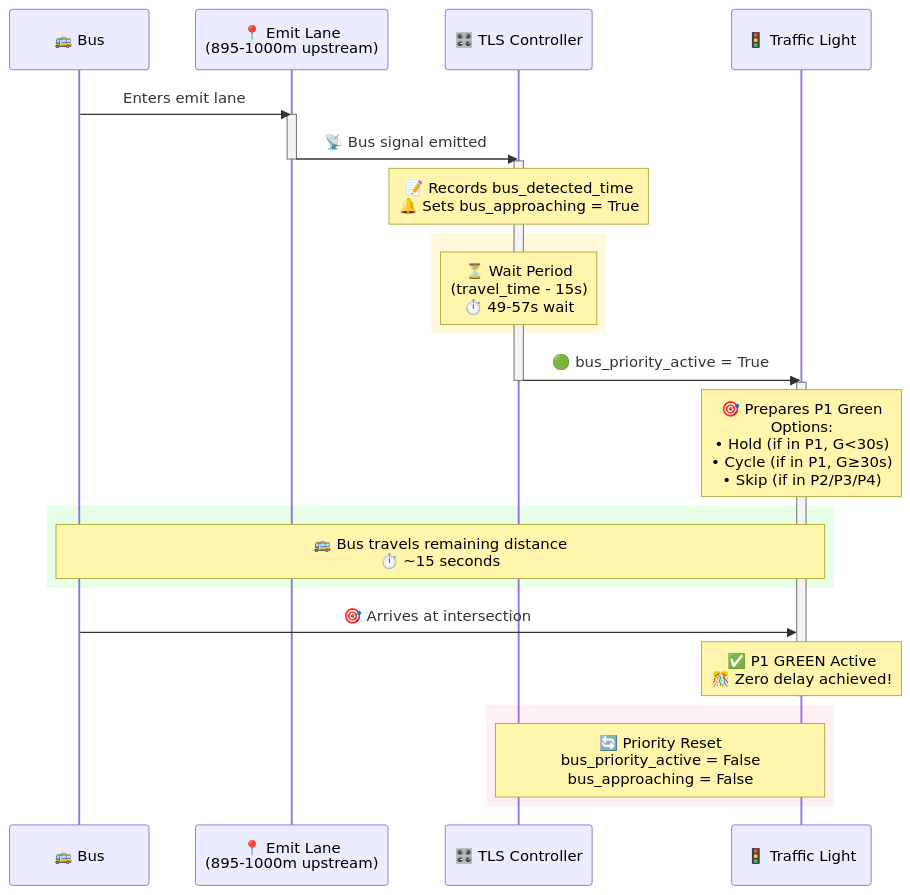
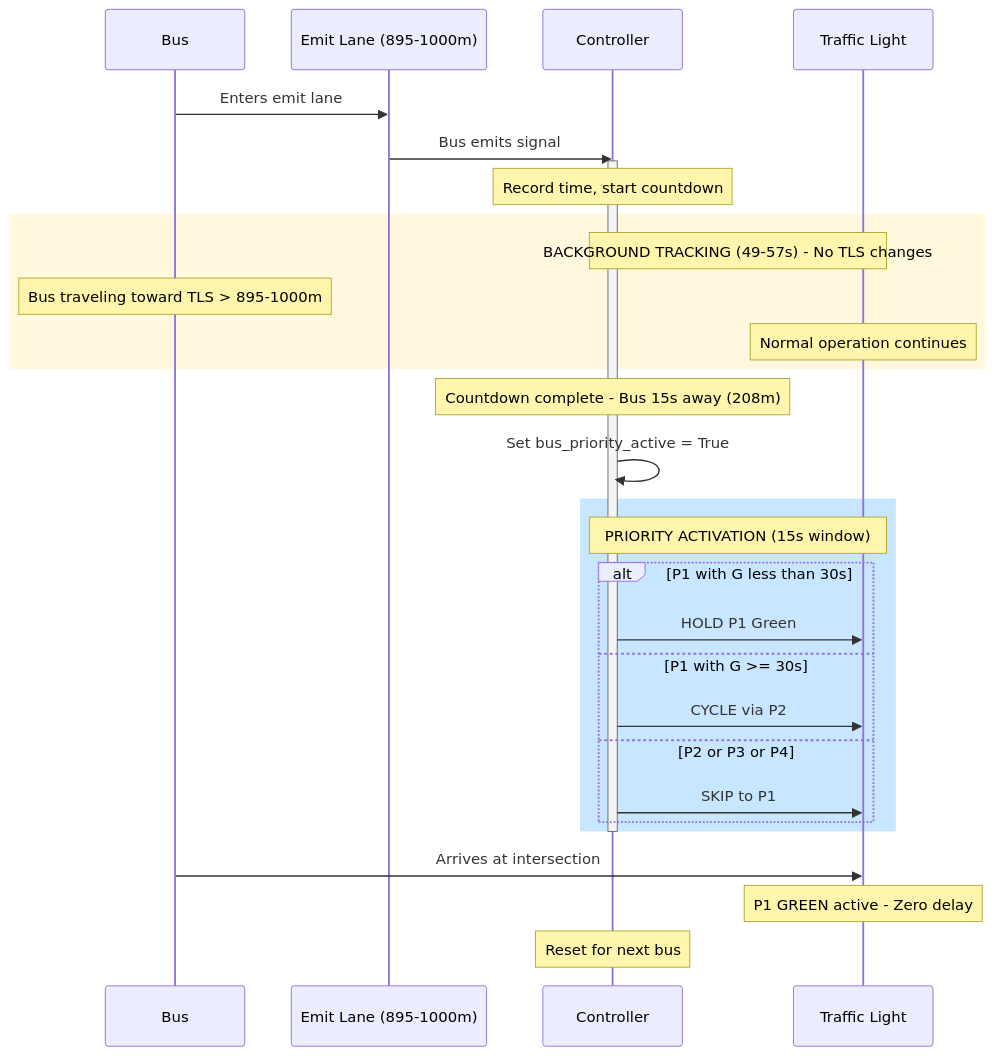
The first of 6 diagrams in papers/Rule_Based_Control_DEV.md (Chaklader/SignalSyncPro), drawn with Mermaid before and after one commit. The commit also changed other lines of this file, not shown here.

Commit message:
The commit is successful

````diff
--- a/papers/Rule_Based_Control_DEV.md
+++ b/papers/Rule_Based_Control_DEV.md
@@ -77,37 +51,39 @@
 ```mermaid
 sequenceDiagram
-    participant Bus as 🚌 Bus
-    participant EmitLane as 📍 Emit Lane<br>(895-1000m upstream)
-    participant Controller as 🎛️ TLS Controller
-    participant TLS as 🚦 Traffic Light
+    participant Bus as Bus
+    participant EmitLane as Emit Lane (895-1000m)
+    participant Controller as Controller
+    participant TLS as Traffic Light
 
     Bus->>EmitLane: Enters emit lane
-    activate EmitLane
-    EmitLane->>Controller: 📡 Bus signal emitted
-    deactivate EmitLane
+    EmitLane->>Controller: Bus emits signal
 
     activate Controller
-    Note over Controller: 📝 Records bus_detected_time<br>🔔 Sets bus_approaching = True
+    Note over Controller: Record time, start countdown
 
     rect rgb(255, 248, 220)
-        Note over Controller: ⏳ Wait Period<br>(travel_time - 15s)<br>⏱️ 49-57s wait
+        Note over Controller,TLS: BACKGROUND TRACKING (49-57s) - No TLS changes
+        Note over Bus: Bus traveling toward TLS > 895-1000m
+        Note over TLS: Normal operation continues
     end
 
-    Controller->>TLS: 🟢 bus_priority_active = True
+    Note over Controller: Countdown complete - Bus 15s away (208m)
+    Controller->>Controller: Set bus_priority_active = True
+
+    rect rgb(200, 230, 255)
+        Note over Controller,TLS: PRIORITY ACTIVATION (15s window)
+        alt P1 with G less than 30s
+            Controller->>TLS: HOLD P1 Green
+        else P1 with G >= 30s
+            Controller->>TLS: CYCLE via P2
+        else P2 or P3 or P4
+            Controller->>TLS: SKIP to P1
+        end
+    end
     deactivate Controller
 
-    activate TLS
-    Note over TLS: 🎯 Prepares P1 Green<br>Options:<br>• Hold (if in P1, G<30s)<br>• Cycle (if in P1, G≥30s)<br>• Skip (if in P2/P3/P4)
+    Bus->>TLS: Arrives at intersection
+    Note over TLS: P1 GREEN active - Zero delay
 
-    rect rgb(230, 255, 230)
-        Note over Bus,TLS: 🚌 Bus travels remaining distance<br>⏱️ ~15 seconds
-    end
-
-    Bus->>TLS: 🎯 Arrives at intersection
-    Note over TLS: ✅ P1 GREEN Active<br>🎊 Zero delay achieved!
-    deactivate TLS
-
-    rect rgb(255, 240, 245)
-        Note over Controller,TLS: 🔄 Priority Reset<br>bus_priority_active = False<br>bus_approaching = False
-    end
+    Note over Controller: Reset for next bus
 ```
````
